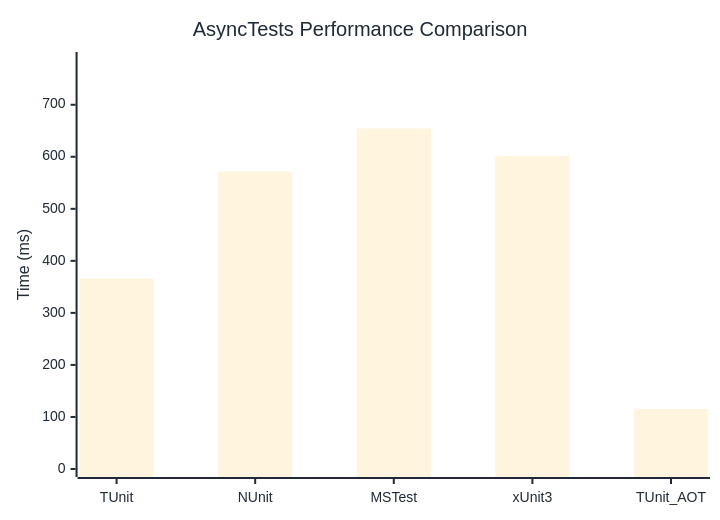
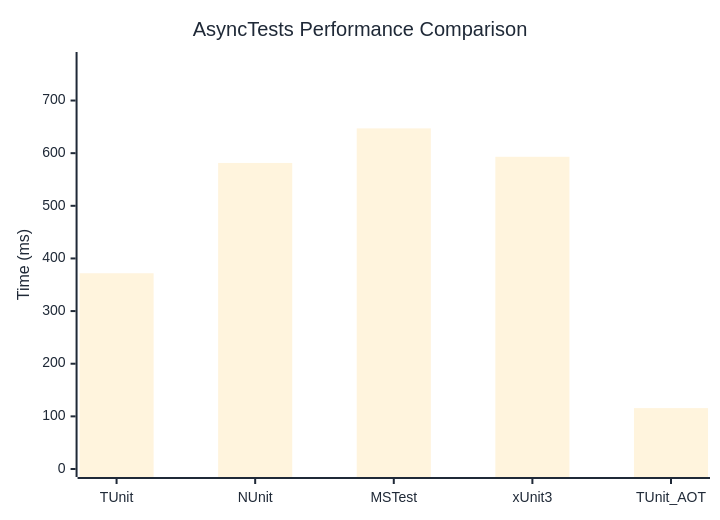
The diagram in docs/docs/benchmarks/engine/AsyncTests.md (thomhurst/TUnit), drawn with Mermaid before and after one commit. The commit also changed other lines of this file and 18 other files, not shown here.

````diff
--- a/docs/docs/benchmarks/engine/AsyncTests.md
+++ b/docs/docs/benchmarks/engine/AsyncTests.md
@@ -29,37 +29,37 @@
 ```mermaid
 %%{init: {
   'theme':'base',
   'themeVariables': {
     'primaryColor': '#2563eb',
     'primaryTextColor': '#1f2937',
     'primaryBorderColor': '#1e40af',
     'lineColor': '#6b7280',
     'secondaryColor': '#7c3aed',
     'tertiaryColor': '#dc2626',
     'background': '#ffffff',
     'mainBkg': '#2563eb',
     'secondBkg': '#7c3aed',
     'tertiaryBkg': '#dc2626',
     'clusterBkg': '#f3f4f6',
     'edgeLabelBackground': '#ffffff',
     'tertiaryTextColor': '#1f2937',
     'pie1': '#2563eb',
     'pie2': '#7c3aed',
     'pie3': '#dc2626',
     'pie4': '#f59e0b',
     'pie5': '#10b981',
     'pie6': '#06b6d4',
     'pie7': '#ec4899',
     'pie8': '#6366f1',
     'pie9': '#84cc16',
     'pie10': '#f97316',
     'pie11': '#14b8a6',
     'pie12': '#a855f7'
   }
 }}%%
 xychart-beta
   title "AsyncTests Performance Comparison"
   x-axis ["TUnit", "NUnit", "MSTest", "xUnit3", "TUnit_AOT"]
-  y-axis "Time (ms)" 0 --> 786
-  bar [365.8, 571.7, 654.4, 601.1, 115.4]
+  y-axis "Time (ms)" 0 --> 777
+  bar [371.9, 581.4, 647.1, 593.1, 115.7]
 ```
````
